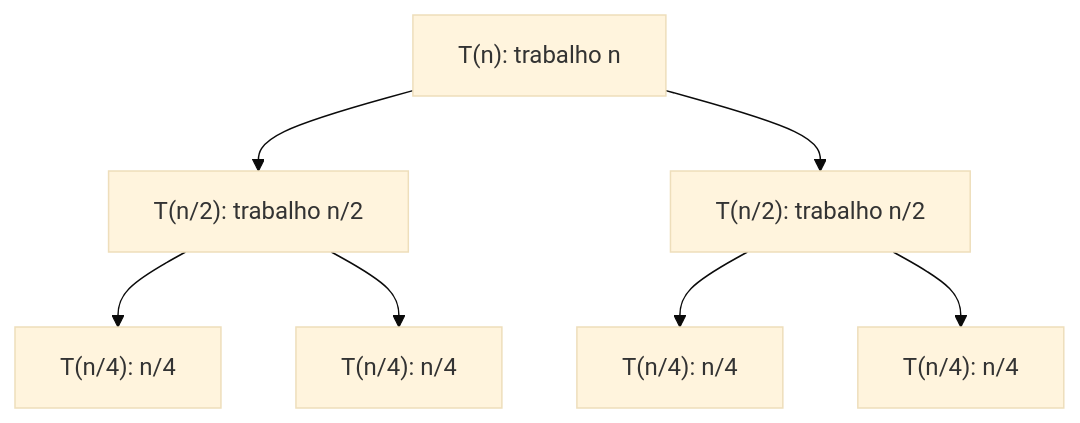
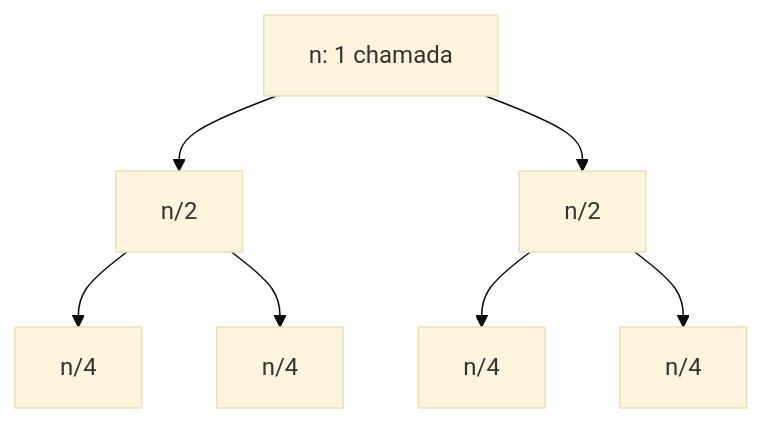
Before and after one commit to Lip3Bazinga/v0-level-usp-project: the diagram in content/cursos/n3-estruturas-de-dados-e-algoritmos/02-analise-de-algoritmos/03-analise-de-lacos-e-recursoes.lvl.md, drawn with Mermaid (base theme). The commit also changed other lines of this file and 9 other files, not shown here.

````diff
--- a/content/cursos/n3-estruturas-de-dados-e-algoritmos/02-analise-de-algoritmos/03-analise-de-lacos-e-recursoes.lvl.md
+++ b/content/cursos/n3-estruturas-de-dados-e-algoritmos/02-analise-de-algoritmos/03-analise-de-lacos-e-recursoes.lvl.md
@@ -248,9 +506,9 @@
 ```mermaid
 flowchart TD
-    A["T(n): trabalho n"] --> B["T(n/2): trabalho n/2"]
-    A --> C["T(n/2): trabalho n/2"]
-    B --> D["T(n/4): n/4"]
-    B --> E["T(n/4): n/4"]
-    C --> F["T(n/4): n/4"]
-    C --> G["T(n/4): n/4"]
+    A["n: 1 chamada"] --> B["n/2"]
+    A --> C["n/2"]
+    B --> D["n/4"]
+    B --> E["n/4"]
+    C --> F["n/4"]
+    C --> G["n/4"]
 ```
````
